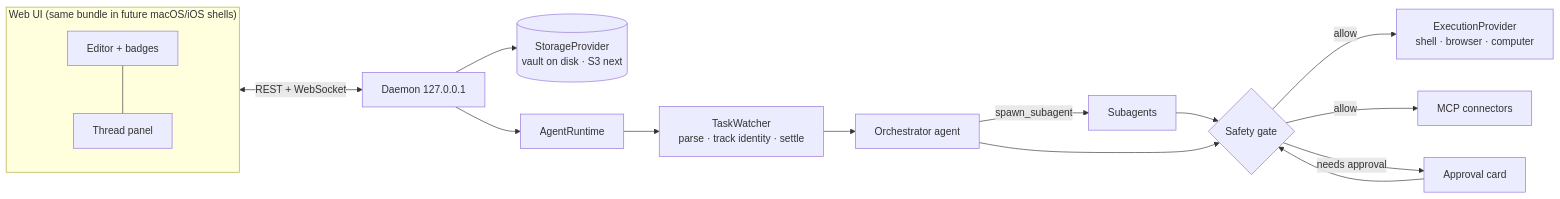
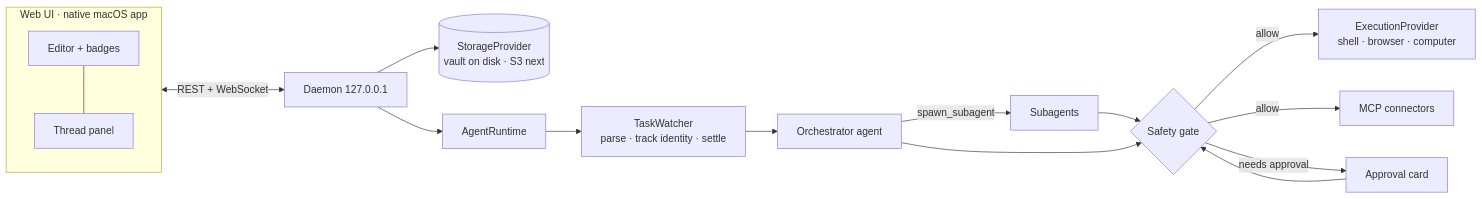
One commit to aayc/dolist changed the diagram in README.md. Above: the diagram before and after it, drawn with Mermaid. The commit also changed other lines of this file and 343 other files, not shown here.

First line of the commit message:
feat(macos): native Swift macOS app

````diff
--- a/README.md
+++ b/README.md
@@ -92,17 +106,17 @@
 ```mermaid
 flowchart LR
-  subgraph UI["Web UI (same bundle in future macOS/iOS shells)"]
+  subgraph UI["Web UI · native macOS app"]
     E[Editor + badges] --- T[Thread panel]
   end
   UI <-- REST + WebSocket --> D[Daemon 127.0.0.1]
   D --> S[(StorageProvider<br/>vault on disk · S3 next)]
   D --> R[AgentRuntime]
   R --> W[TaskWatcher<br/>parse · track identity · settle]
   W --> O[Orchestrator agent]
   O -->|spawn_subagent| A[Subagents]
   A --> G{Safety gate}
   O --> G
   G -->|allow| X[ExecutionProvider<br/>shell · browser · computer]
   G -->|allow| M[MCP connectors]
   G -->|needs approval| P[Approval card] --> G
 ```
````
